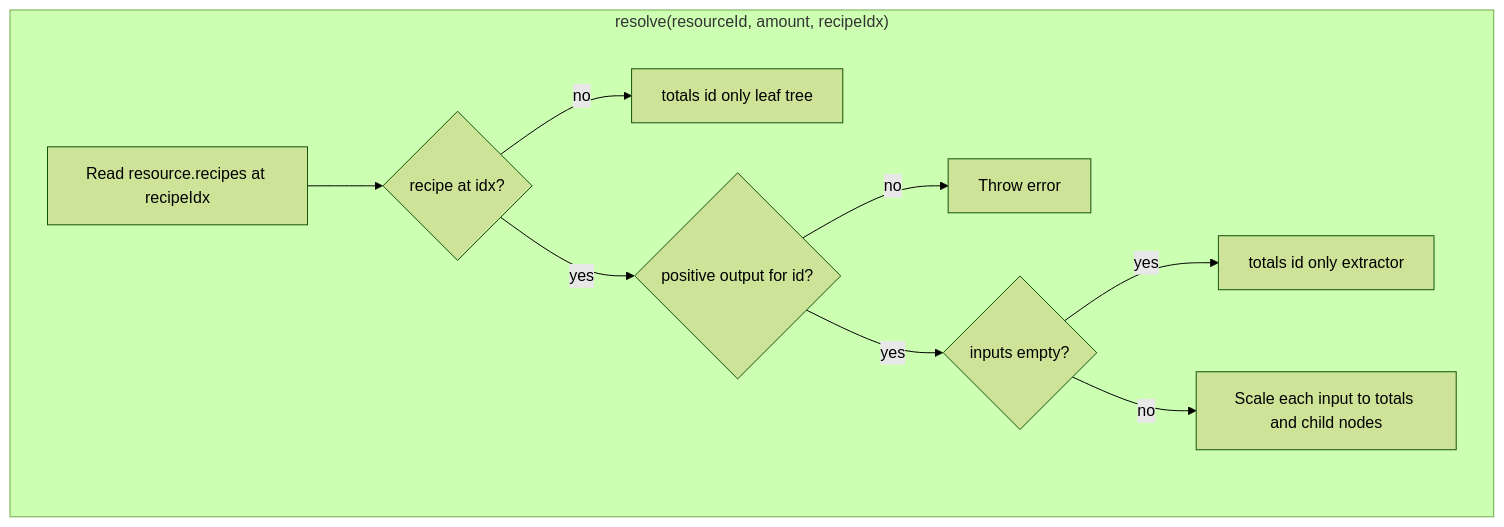
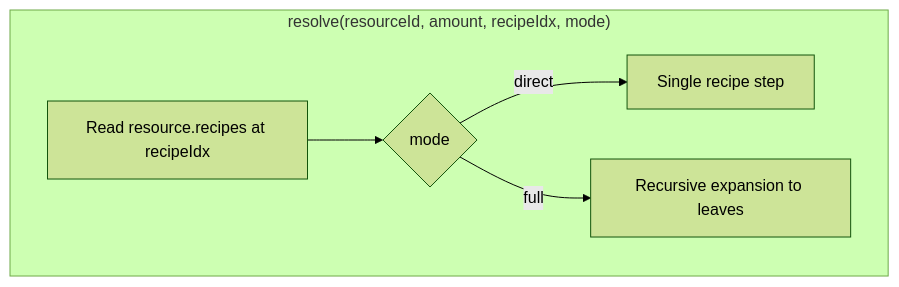
One commit to ben-shepherd/captain-of-industry-calculator changed the diagram in docs/technical-calculator.md. Above: the diagram before and after it, drawn with Mermaid (forest theme). The commit also changed other lines of this file and 8 other files, not shown here.

````diff
--- a/docs/technical-calculator.md
+++ b/docs/technical-calculator.md
@@ -24,13 +36,9 @@
 ```mermaid
 flowchart TD
-  subgraph resolveFlow ["resolve(resourceId, amount, recipeIdx)"]
+  subgraph resolveFlow ["resolve(resourceId, amount, recipeIdx, mode)"]
     R[Read resource.recipes at recipeIdx]
-    R --> HasRecipe{recipe at idx?}
-    HasRecipe -->|no| LeafRaw[totals id only leaf tree]
-    HasRecipe -->|yes| OutputOk{positive output for id?}
-    OutputOk -->|no| Err[Throw error]
-    OutputOk -->|yes| NoInputs{inputs empty?}
-    NoInputs -->|yes| LeafExt[totals id only extractor]
-    NoInputs -->|no| Direct[Scale each input to totals and child nodes]
+    R --> Mode{mode}
+    Mode -->|direct| DirectStep[Single recipe step]
+    Mode -->|full| Expand[Recursive expansion to leaves]
   end
 ```
````
